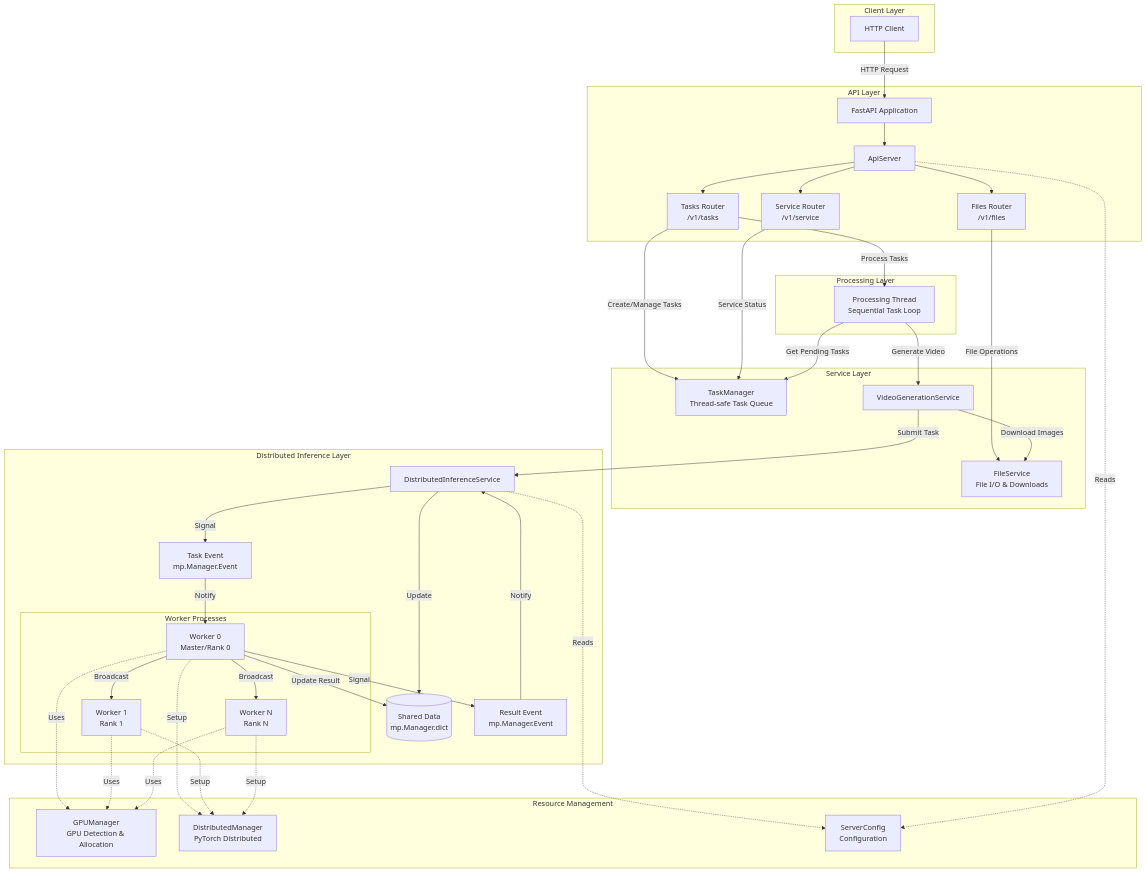
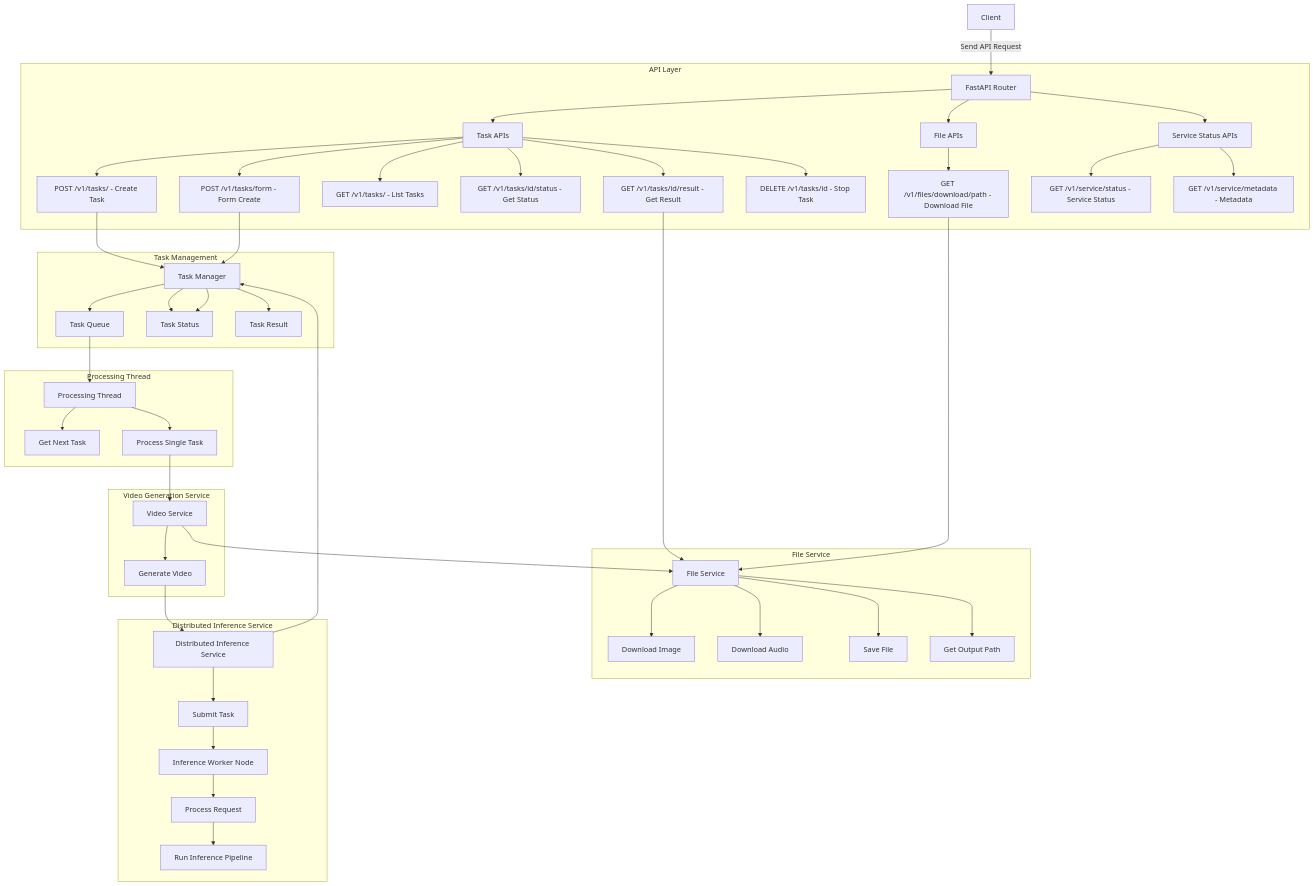
One commit to xinyiqin/lightx2v changed the first of 3 diagrams in lightx2v/server/README.md. Above: the diagram before and after it, drawn with Mermaid. The commit also changed other lines of this file and 11 other files, not shown here.

````diff
--- a/lightx2v/server/README.md
+++ b/lightx2v/server/README.md
@@ -11,81 +11,87 @@
 ```mermaid
-graph TB
-    subgraph "Client Layer"
-        Client[HTTP Client]
+flowchart TB
+    Client[Client] -->|Send API Request| Router[FastAPI Router]
+
+    subgraph API Layer
+        Router --> TaskRoutes[Task APIs]
+        Router --> FileRoutes[File APIs]
+        Router --> ServiceRoutes[Service Status APIs]
+
+        TaskRoutes --> CreateTask["POST /v1/tasks/ - Create Task"]
+        TaskRoutes --> CreateTaskForm["POST /v1/tasks/form - Form Create"]
+        TaskRoutes --> ListTasks["GET /v1/tasks/ - List Tasks"]
+        TaskRoutes --> GetTaskStatus["GET /v1/tasks/id/status - Get Status"]
+        TaskRoutes --> GetTaskResult["GET /v1/tasks/id/result - Get Result"]
+        TaskRoutes --> StopTask["DELETE /v1/tasks/id - Stop Task"]
+
+        FileRoutes --> DownloadFile["GET /v1/files/download/path - Download File"]
+
+        ServiceRoutes --> GetServiceStatus["GET /v1/service/status - Service Status"]
+        ServiceRoutes --> GetServiceMetadata["GET /v1/service/metadata - Metadata"]
     end
 
-    subgraph "API Layer"
-        FastAPI[FastAPI Application]
-        ApiServer[ApiServer]
-        Router1[Tasks Router<br/>/v1/tasks]
-        Router2[Files Router<br/>/v1/files]
-        Router3[Service Router<br/>/v1/service]
+    subgraph Task Management
+        TaskManager[Task Manager]
+        TaskQueue[Task Queue]
+        TaskStatus[Task Status]
+        TaskResult[Task Result]
+
+        CreateTask --> TaskManager
+        CreateTaskForm --> TaskManager
+        TaskManager --> TaskQueue
+        TaskManager --> TaskStatus
+        TaskManager --> TaskResult
     end
 
-    subgraph "Service Layer"
-        TaskManager[TaskManager<br/>Thread-safe Task Queue]
-        FileService[FileService<br/>File I/O & Downloads]
-        VideoService[VideoGenerationService]
+    subgraph File Service
+        FileService[File Service]
+        DownloadImage[Download Image]
+        DownloadAudio[Download Audio]
+        SaveFile[Save File]
+        GetOutputPath[Get Output Path]
+
+        FileService --> DownloadImage
+        FileService --> DownloadAudio
+        FileService --> SaveFile
+        FileService --> GetOutputPath
     end
 
-    subgraph "Processing Layer"
-        Thread[Processing Thread<br/>Sequential Task Loop]
+    subgraph Processing Thread
+        ProcessingThread[Processing Thread]
+        NextTask[Get Next Task]
+        ProcessTask[Process Single Task]
+
+        ProcessingThread --> NextTask
+        ProcessingThread --> ProcessTask
     end
 
-    subgraph "Distributed Inference Layer"
-        DistService[DistributedInferenceService]
-        SharedData[(Shared Data<br/>mp.Manager.dict)]
-        TaskEvent[Task Event<br/>mp.Manager.Event]
-        ResultEvent[Result Event<br/>mp.Manager.Event]
+    subgraph Video Generation Service
+        VideoService[Video Service]
+        GenerateVideo[Generate Video]
 
-        subgraph "Worker Processes"
-            W0[Worker 0<br/>Master/Rank 0]
-            W1[Worker 1<br/>Rank 1]
-            WN[Worker N<br/>Rank N]
-        end
+        VideoService --> GenerateVideo
     end
 
-    subgraph "Resource Management"
-        GPUManager[GPUManager<br/>GPU Detection & Allocation]
-        DistManager[DistributedManager<br/>PyTorch Distributed]
-        Config[ServerConfig<br/>Configuration]
+    subgraph Distributed Inference Service
+        InferenceService[Distributed Inference Service]
+        SubmitTask[Submit Task]
+        Worker[Inference Worker Node]
+        ProcessRequest[Process Request]
+        RunPipeline[Run Inference Pipeline]
+
+        InferenceService --> SubmitTask
+        SubmitTask --> Worker
+        Worker --> ProcessRequest
+        ProcessRequest --> RunPipeline
     end
 
-    Client -->|HTTP Request| FastAPI
-    FastAPI --> ApiServer
-    ApiServer --> Router1
-    ApiServer --> Router2
-    ApiServer --> Router3
-
-    Router1 -->|Create/Manage Tasks| TaskManager
-    Router1 -->|Process Tasks| Thread
-    Router2 -->|File Operations| FileService
-    Router3 -->|Service Status| TaskManager
-
-    Thread -->|Get Pending Tasks| TaskManager
-    Thread -->|Generate Video| VideoService
-
-    VideoService -->|Download Images| FileService
-    VideoService -->|Submit Task| DistService
-
-    DistService -->|Update| SharedData
-    DistService -->|Signal| TaskEvent
-    TaskEvent -->|Notify| W0
-    W0 -->|Broadcast| W1
-    W0 -->|Broadcast| WN
-
-    W0 -->|Update Result| SharedData
-    W0 -->|Signal| ResultEvent
-    ResultEvent -->|Notify| DistService
-
-    W0 -.->|Uses| GPUManager
-    W1 -.->|Uses| GPUManager
-    WN -.->|Uses| GPUManager
-
-    W0 -.->|Setup| DistManager
-    W1 -.->|Setup| DistManager
-    WN -.->|Setup| DistManager
-
-    DistService -.->|Reads| Config
-    ApiServer -.->|Reads| Config
+    %% ====== Connect Modules ======
+    TaskQueue --> ProcessingThread
+    ProcessTask --> VideoService
+    GenerateVideo --> InferenceService
+    GetTaskResult --> FileService
+    DownloadFile --> FileService
+    VideoService --> FileService
+    InferenceService --> TaskManager
+    TaskManager --> TaskStatus
 ```
````
